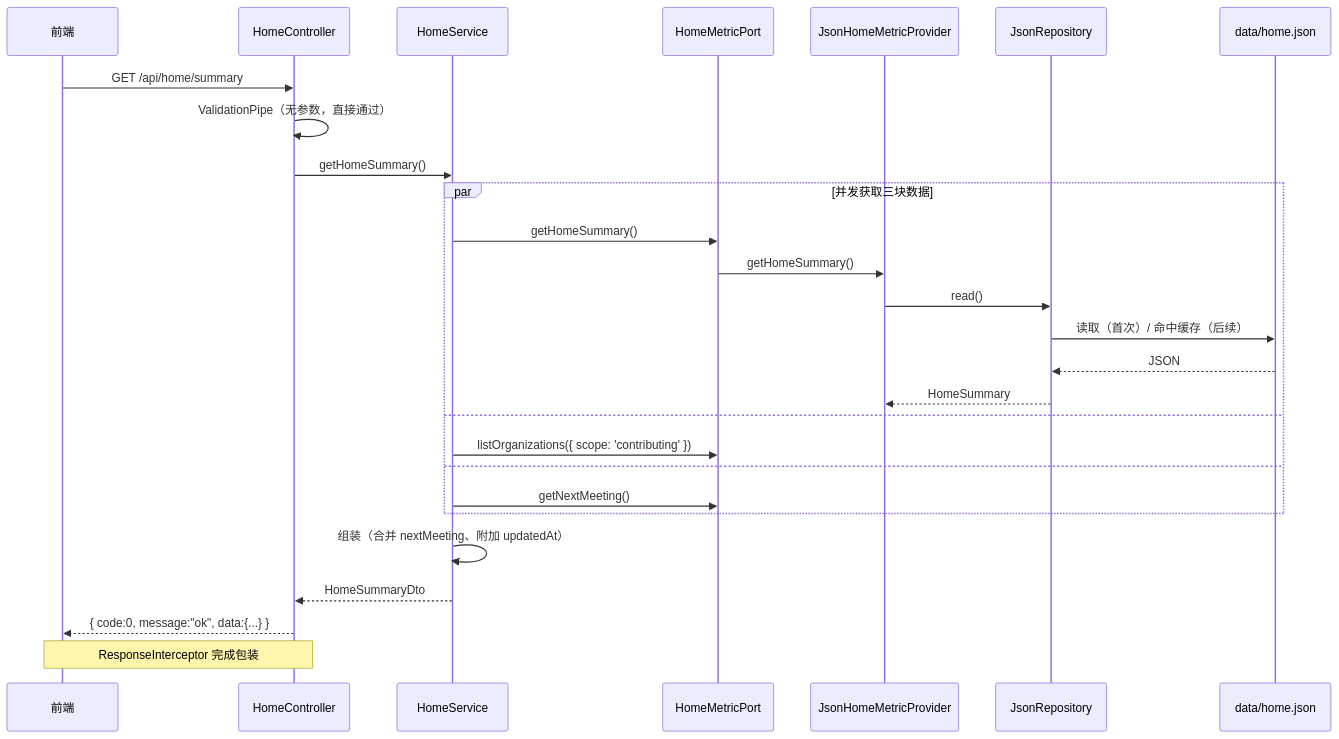
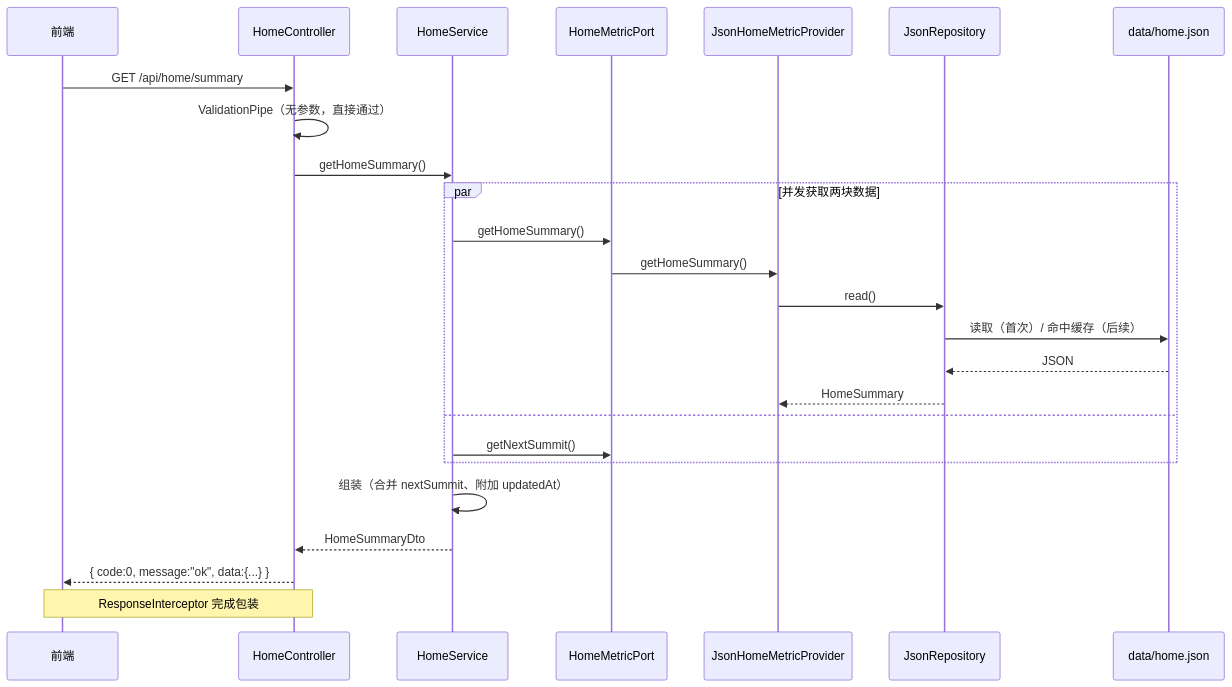
The fourth of 4 diagrams in docs/03-backend-design.md (XunliYang/openan-operation-insights), drawn with Mermaid before and after one commit. The commit also changed other lines of this file and 152 other files, not shown here.

````diff
--- a/docs/03-backend-design.md
+++ b/docs/03-backend-design.md
@@ -552,30 +564,28 @@
 ```mermaid
 sequenceDiagram
   participant W as 前端
   participant C as HomeController
   participant S as HomeService
   participant P as HomeMetricPort
   participant A as JsonHomeMetricProvider
   participant R as JsonRepository
   participant F as data/home.json
 
   W->>C: GET /api/home/summary
   C->>C: ValidationPipe（无参数，直接通过）
   C->>S: getHomeSummary()
-  par 并发获取三块数据
+  par 并发获取两块数据
     S->>P: getHomeSummary()
     P->>A: getHomeSummary()
     A->>R: read()
     R->>F: 读取（首次）/ 命中缓存（后续）
     F-->>R: JSON
     R-->>A: HomeSummary
   and
-    S->>P: listOrganizations({ scope: 'contributing' })
-  and
-    S->>P: getNextMeeting()
+    S->>P: getNextSummit()
   end
-  S->>S: 组装（合并 nextMeeting、附加 updatedAt）
+  S->>S: 组装（合并 nextSummit、附加 updatedAt）
   S-->>C: HomeSummaryDto
   C-->>W: { code:0, message:"ok", data:{...} }
   Note over C,W: ResponseInterceptor 完成包装
 ```
````
